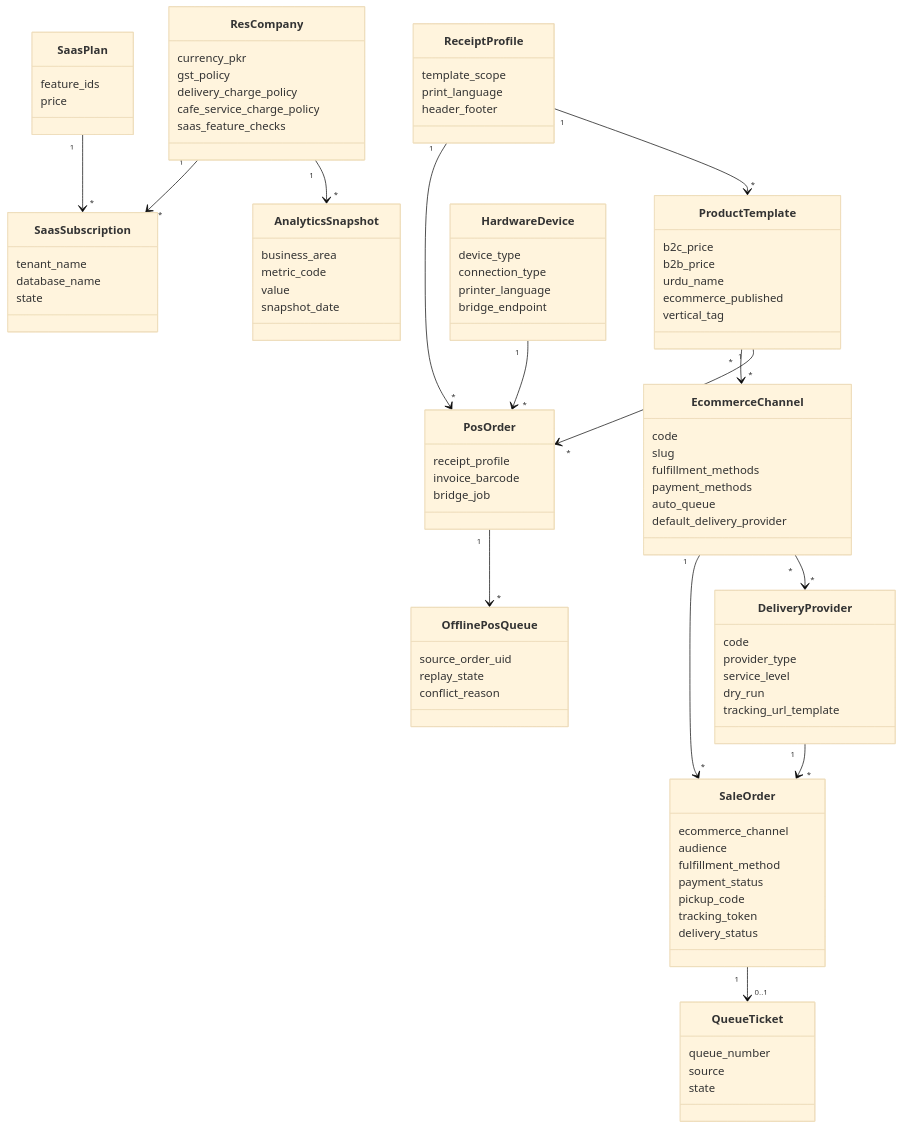
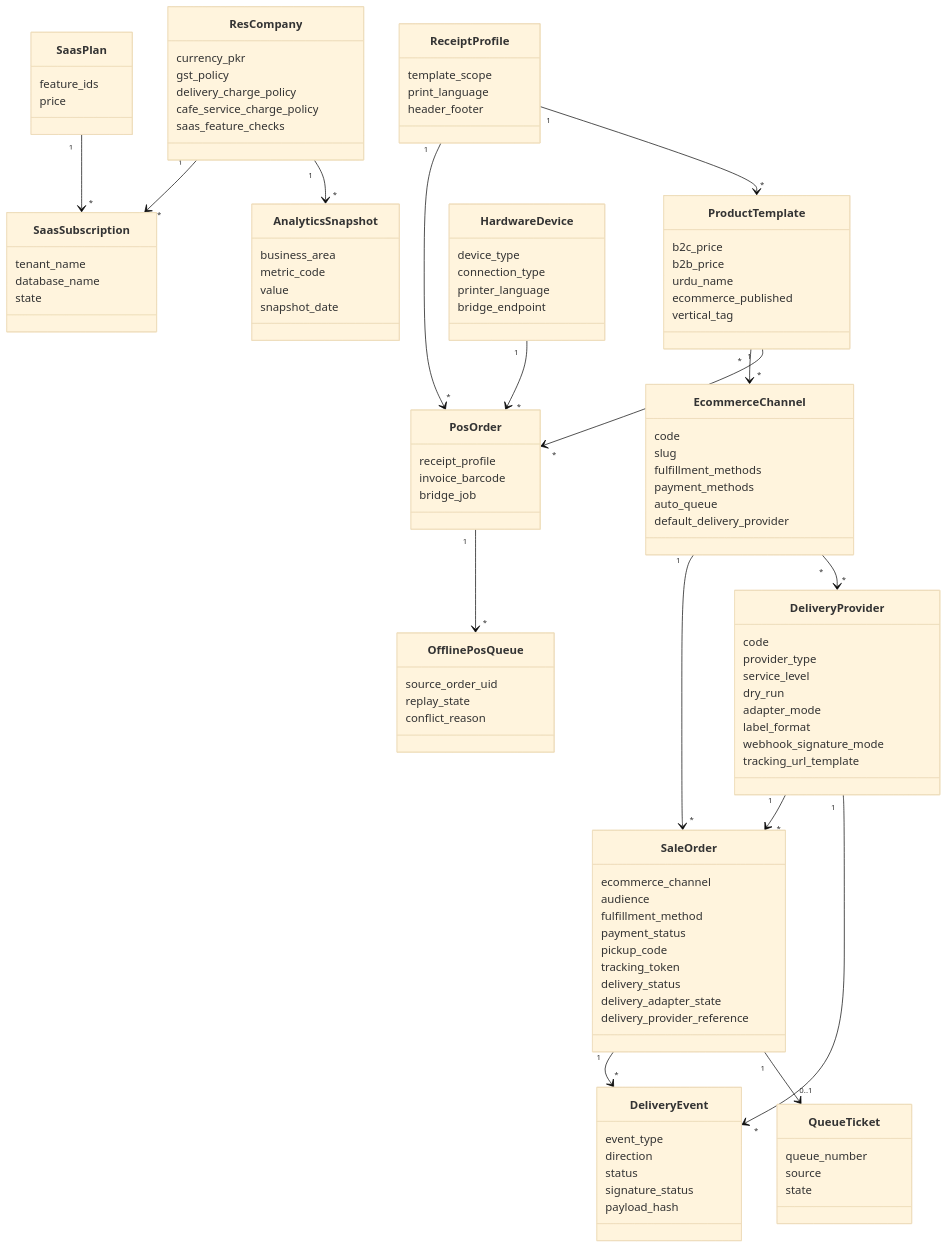
The sixth of 14 diagrams in docs/DIAGRAMS.md (adeelarshad414/tijara-suite), drawn with Mermaid (base theme) before and after one commit. The commit also changed 24 other files, not shown here.

```diff
--- a/docs/DIAGRAMS.md
+++ b/docs/DIAGRAMS.md
@@ -251,7 +251,17 @@
         provider_type
         service_level
         dry_run
+        adapter_mode
+        label_format
+        webhook_signature_mode
         tracking_url_template
+    }
+    class DeliveryEvent {
+        event_type
+        direction
+        status
+        signature_status
+        payload_hash
     }
     class SaleOrder {
         ecommerce_channel
@@ -261,6 +271,8 @@
         pickup_code
         tracking_token
         delivery_status
+        delivery_adapter_state
+        delivery_provider_reference
     }
     class QueueTicket {
         queue_number
@@ -299,6 +311,8 @@
     SaasPlan "1" --> "*" SaasSubscription
     EcommerceChannel "1" --> "*" SaleOrder
     DeliveryProvider "1" --> "*" SaleOrder
+    DeliveryProvider "1" --> "*" DeliveryEvent
+    SaleOrder "1" --> "*" DeliveryEvent
     EcommerceChannel "*" --> "*" DeliveryProvider
     ProductTemplate "*" --> "*" EcommerceChannel
     SaleOrder "1" --> "0..1" QueueTicket
```
